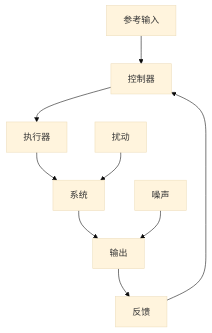
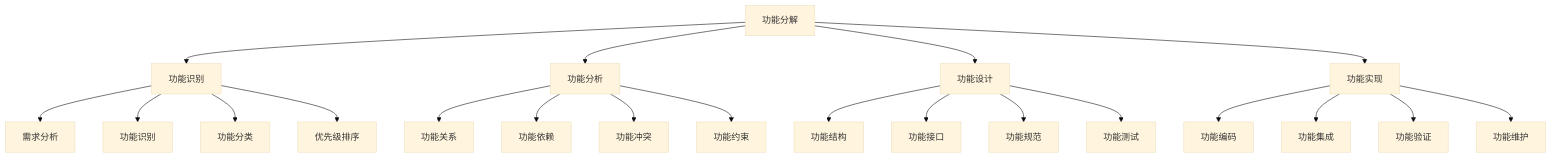
Before and after one commit to AdaMartin18010/SystemOSIOT: the tenth of 20 diagrams in 1.系统理论/1.5 多表征/1.5.1 概念图.md, drawn with Mermaid (base theme). The commit also changed other lines of this file and 118 other files, not shown here.

````diff
--- a/1.系统理论/1.5 多表征/1.5.1 概念图.md
+++ b/1.系统理论/1.5 多表征/1.5.1 概念图.md
@@ -293,12 +287,27 @@
 ```mermaid
-graph TD;
-  R[参考输入] --> C[控制器];
-  C --> A[执行器];
-  A --> S[系统];
-  S --> O[输出];
-  O --> F[反馈];
-  F --> C;
-  
-  D[扰动] --> S;
-  N[噪声] --> O;
+graph TD
+    A[功能分解] --> B[功能识别]
+    A --> C[功能分析]
+    A --> D[功能设计]
+    A --> E[功能实现]
+    
+    B --> B1[需求分析]
+    B --> B2[功能识别]
+    B --> B3[功能分类]
+    B --> B4[优先级排序]
+    
+    C --> C1[功能关系]
+    C --> C2[功能依赖]
+    C --> C3[功能冲突]
+    C --> C4[功能约束]
+    
+    D --> D1[功能结构]
+    D --> D2[功能接口]
+    D --> D3[功能规范]
+    D --> D4[功能测试]
+    
+    E --> E1[功能编码]
+    E --> E2[功能集成]
+    E --> E3[功能验证]
+    E --> E4[功能维护]
 ```
````
